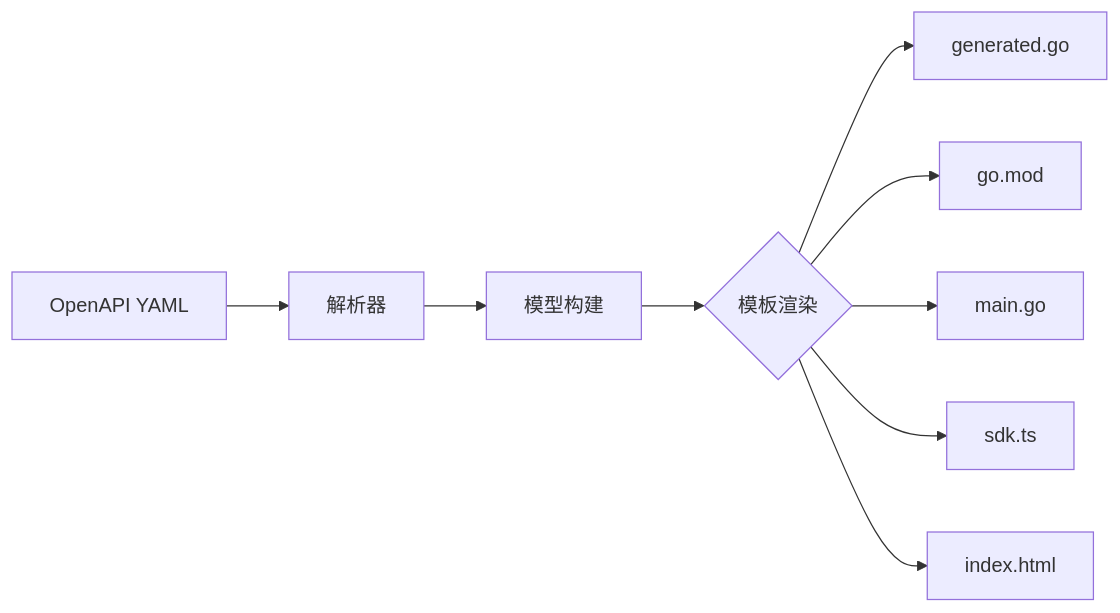
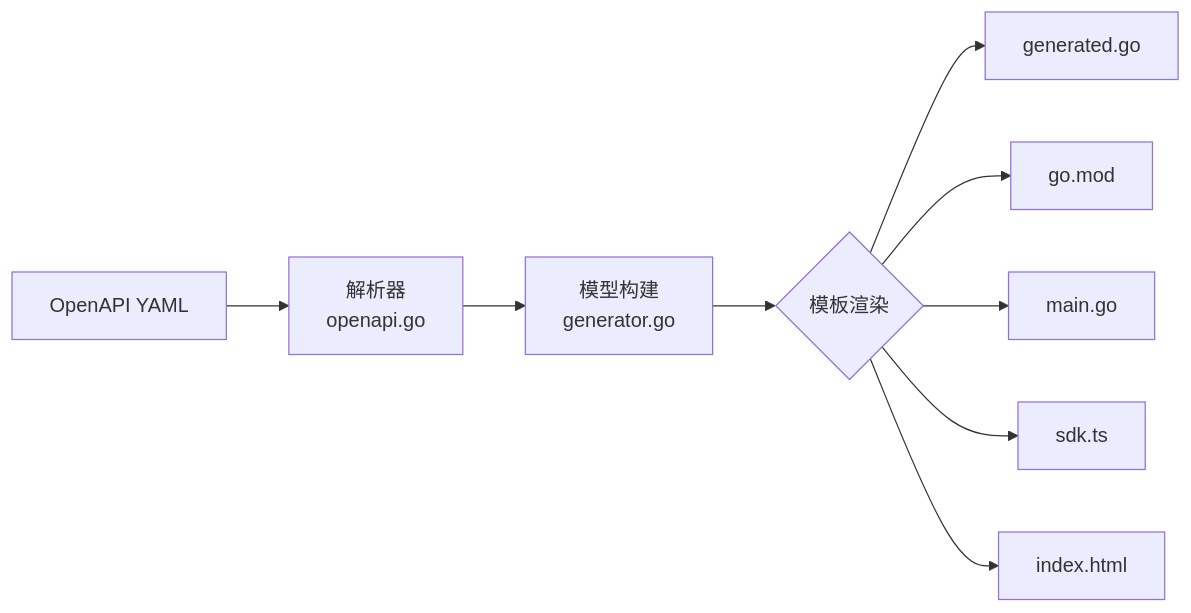
One commit to fred29910/go_wasm_lib2 changed the first of 2 diagrams in docs/generator-api.md. Above: the diagram before and after it, drawn with Mermaid. The commit also changed other lines of this file and 6 other files, not shown here.

````diff
--- a/docs/generator-api.md
+++ b/docs/generator-api.md
@@ -7,11 +7,11 @@
 ```mermaid
 flowchart LR
-    Input[OpenAPI YAML] --> Parser[解析器]
-    Parser --> Model[模型构建]
+    Input[OpenAPI YAML] --> Parser[解析器<br/>openapi.go]
+    Parser --> Model[模型构建<br/>generator.go]
     Model --> Templates{模板渲染}
     Templates --> Go[generated.go]
     Templates --> Mod[go.mod]
     Templates --> Main[main.go]
     Templates --> TS[sdk.ts]
     Templates --> HTML[index.html]
 ```
````
